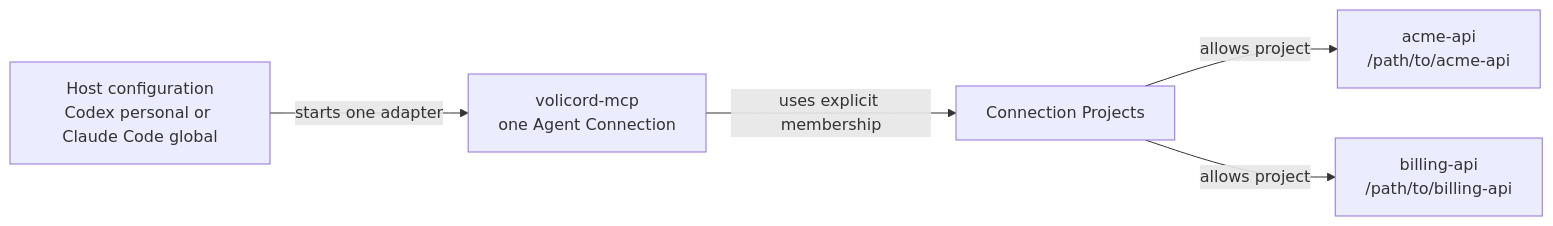
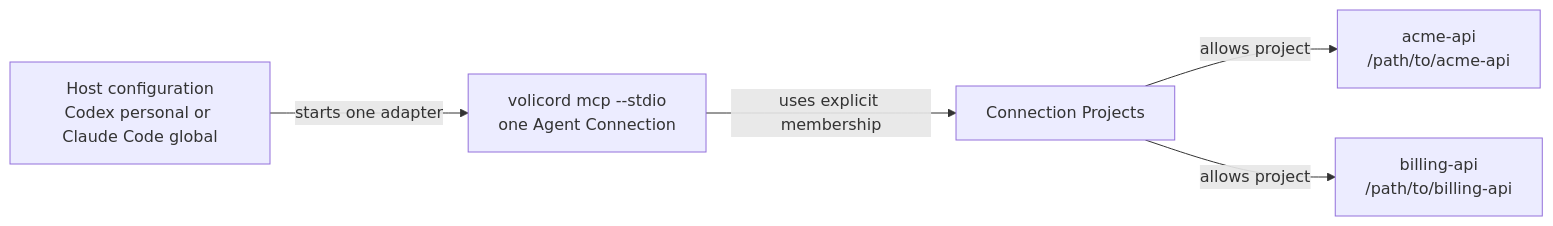
Before and after one commit to minjungw00/Harness_Project: the diagram in docs/en/guides/multi-repository-agent-setup.md, drawn with Mermaid. The commit also changed other lines of this file and 67 other files, not shown here.

````diff
--- a/docs/en/guides/multi-repository-agent-setup.md
+++ b/docs/en/guides/multi-repository-agent-setup.md
@@ -18,13 +18,13 @@
 ```mermaid
 flowchart LR
   host["Host configuration\nCodex personal or Claude Code global"]
-  mcp["volicord-mcp\none Agent Connection"]
+  mcp["volicord mcp --stdio\none Agent Connection"]
   memberships["Connection Projects"]
   a["acme-api\n/path/to/acme-api"]
   b["billing-api\n/path/to/billing-api"]
 
   host -- "starts one adapter" --> mcp
   mcp -- "uses explicit membership" --> memberships
   memberships -- "allows project" --> a
   memberships -- "allows project" --> b
 ```
````
